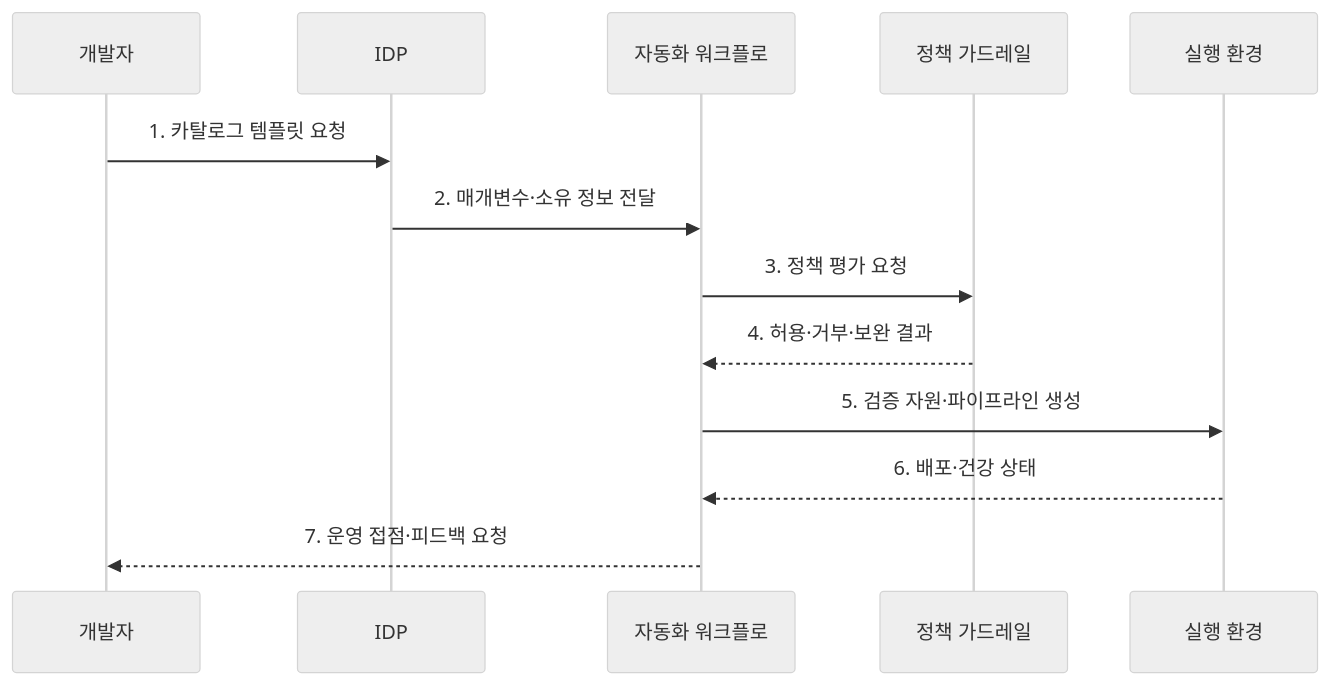
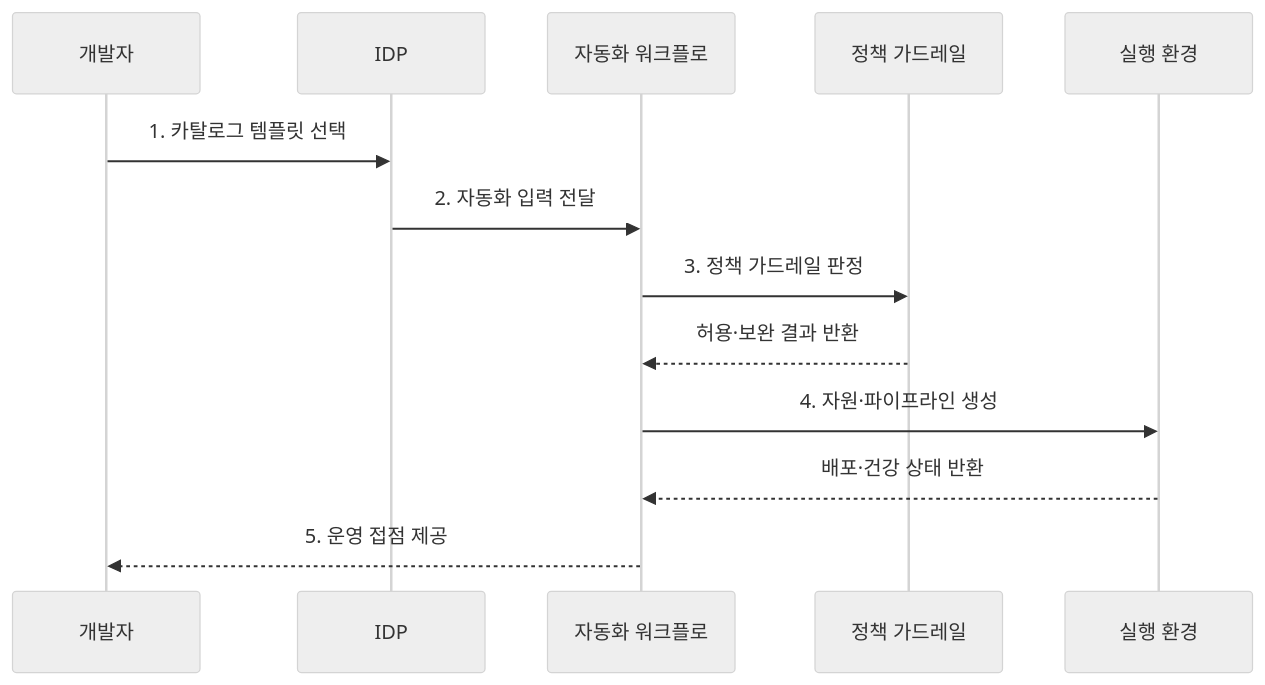
One commit to agnusdei1207/knowledge-base changed the second of 2 diagrams in src/content/docs/notes/03-software/082_platform_engineering_idp.md. Above: the diagram before and after it, drawn with Mermaid (neutral theme). The commit also changed other lines of this file and 238 other files, not shown here.

````diff
--- a/src/content/docs/notes/03-software/082_platform_engineering_idp.md
+++ b/src/content/docs/notes/03-software/082_platform_engineering_idp.md
@@ -79,15 +79,15 @@
 ```mermaid
 sequenceDiagram
     participant D as 개발자
     participant P as IDP
     participant W as 자동화 워크플로
     participant G as 정책 가드레일
     participant R as 실행 환경
-    D->>P: 1. 카탈로그 템플릿 요청
-    P->>W: 2. 매개변수·소유 정보 전달
-    W->>G: 3. 정책 평가 요청
-    G-->>W: 4. 허용·거부·보완 결과
-    W->>R: 5. 검증 자원·파이프라인 생성
-    R-->>W: 6. 배포·건강 상태
-    W-->>D: 7. 운영 접점·피드백 요청
+    D->>P: 1. 카탈로그 템플릿 선택
+    P->>W: 2. 자동화 입력 전달
+    W->>G: 3. 정책 가드레일 판정
+    G-->>W: 허용·보완 결과 반환
+    W->>R: 4. 자원·파이프라인 생성
+    R-->>W: 배포·건강 상태 반환
+    W-->>D: 5. 운영 접점 제공
 ```
````
